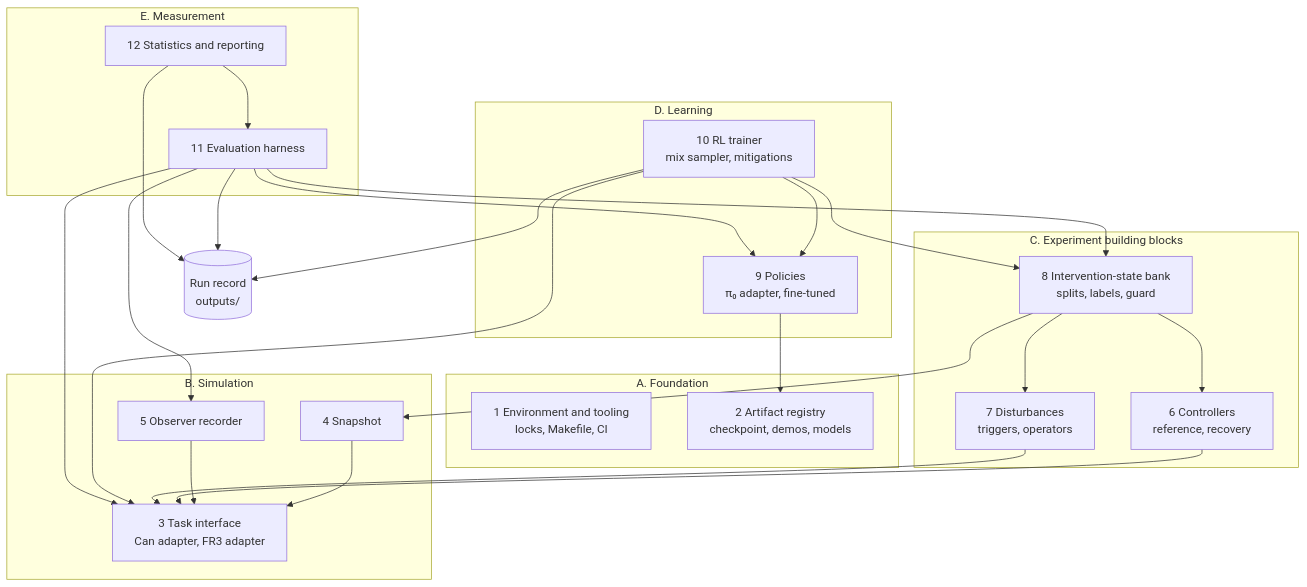
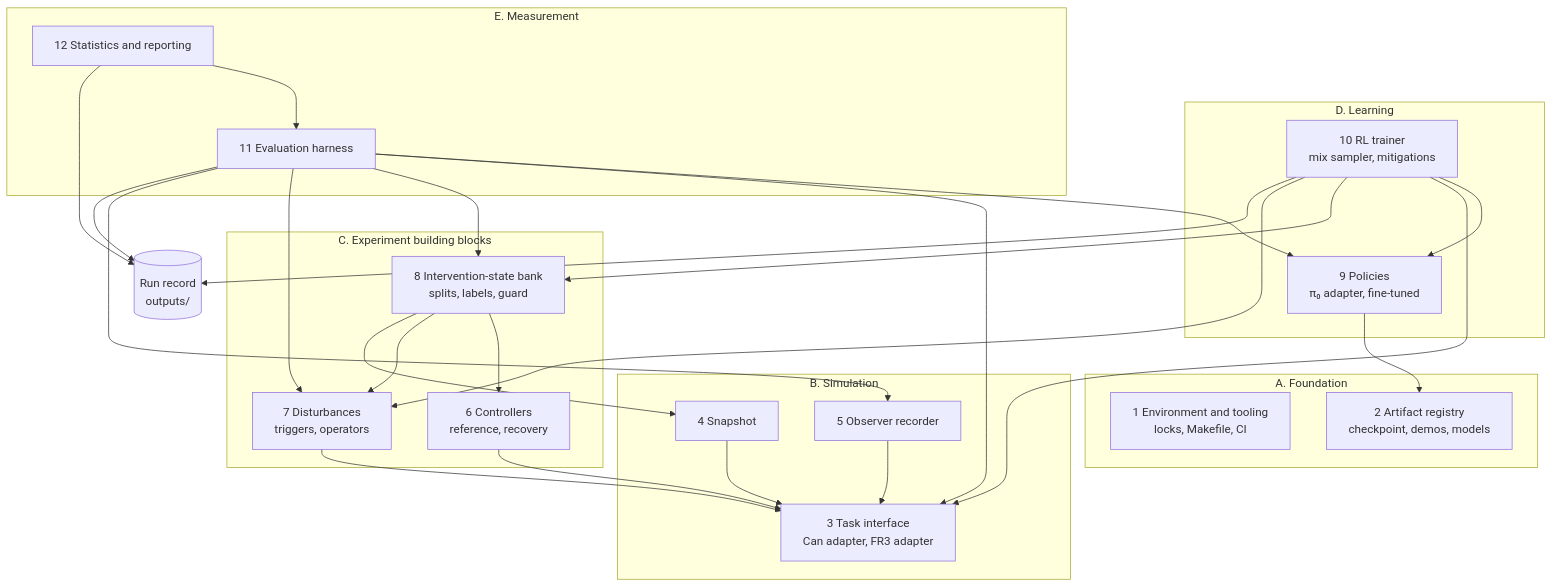
One commit to hongbinyang/afterslip changed the second of 8 diagrams in docs/architecture.md. Above: the diagram before and after it, drawn with Mermaid. The commit also changed other lines of this file, not shown here.

First line of the commit message:
Revise architecture overview after review

````diff
--- a/docs/architecture.md
+++ b/docs/architecture.md
@@ -39,46 +39,48 @@
 ```mermaid
 flowchart TB
     subgraph A["A. Foundation"]
         ENV["1 Environment and tooling<br/>locks, Makefile, CI"]
         ART["2 Artifact registry<br/>checkpoint, demos, models"]
     end
     subgraph B["B. Simulation"]
         TASK["3 Task interface<br/>Can adapter, FR3 adapter"]
         SNAP["4 Snapshot"]
         REC["5 Observer recorder"]
     end
     subgraph C["C. Experiment building blocks"]
         CTRL["6 Controllers<br/>reference, recovery"]
         DIST["7 Disturbances<br/>triggers, operators"]
         BANK["8 Intervention-state bank<br/>splits, labels, guard"]
     end
     subgraph D["D. Learning"]
         POL["9 Policies<br/>π₀ adapter, fine-tuned"]
         RL["10 RL trainer<br/>mix sampler, mitigations"]
     end
     subgraph E["E. Measurement"]
         EVAL["11 Evaluation harness"]
         STATS["12 Statistics and reporting"]
     end
     RUN[("Run record<br/>outputs/")]
 
     SNAP --> TASK
     REC --> TASK
     CTRL --> TASK
     DIST --> TASK
     BANK --> CTRL
     BANK --> DIST
     BANK --> SNAP
     POL --> ART
     RL --> POL
     RL --> TASK
     RL --> BANK
+    RL --> DIST
     EVAL --> POL
     EVAL --> TASK
     EVAL --> BANK
+    EVAL --> DIST
     EVAL --> REC
     STATS --> EVAL
     RL --> RUN
     EVAL --> RUN
     STATS --> RUN
 ```
````
